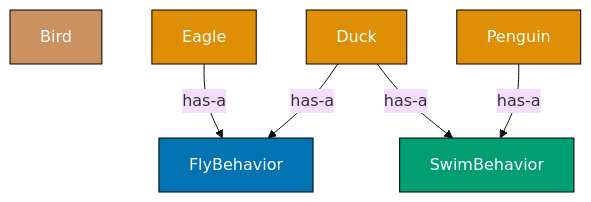
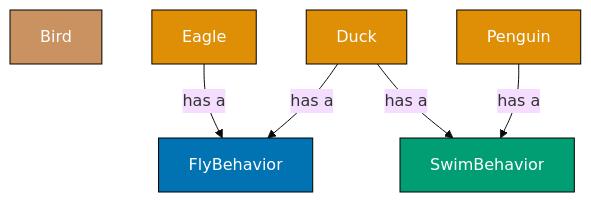
Before and after one commit to wahidyankf/open-sharia-enterprise: the sixth of 9 diagrams in apps/ayokoding-web/content/en/learn/software-engineering/software-architecture/patterns-and-principles/in-oop-by-example/beginner.md, drawn with Mermaid (base theme). The commit also changed other lines of this file and 11 other files, not shown here.

First line of the commit message:
fix(ayokoding-web): repair 28 mermaid violations in expansion files

````diff
--- a/apps/ayokoding-web/content/en/learn/software-engineering/software-architecture/patterns-and-principles/in-oop-by-example/beginner.md
+++ b/apps/ayokoding-web/content/en/learn/software-engineering/software-architecture/patterns-and-principles/in-oop-by-example/beginner.md
@@ -5530,21 +5530,21 @@
 ```mermaid
 graph TD
     Bird["Bird"]
     Fly["FlyBehavior"]
     Swim["SwimBehavior"]
     Eagle["Eagle"]
     Duck["Duck"]
     Penguin["Penguin"]
 
-    Eagle -->|has-a| Fly
-    Duck -->|has-a| Fly
-    Duck -->|has-a| Swim
-    Penguin -->|has-a| Swim
+    Eagle -- "has a" --> Fly
+    Duck -- "has a" --> Fly
+    Duck -- "has a" --> Swim
+    Penguin -- "has a" --> Swim
 
     style Bird fill:#CA9161,stroke:#000,color:#fff
     style Fly fill:#0173B2,stroke:#000,color:#fff
     style Swim fill:#029E73,stroke:#000,color:#fff
     style Eagle fill:#DE8F05,stroke:#000,color:#fff
     style Duck fill:#DE8F05,stroke:#000,color:#fff
     style Penguin fill:#DE8F05,stroke:#000,color:#fff
 ```
````
